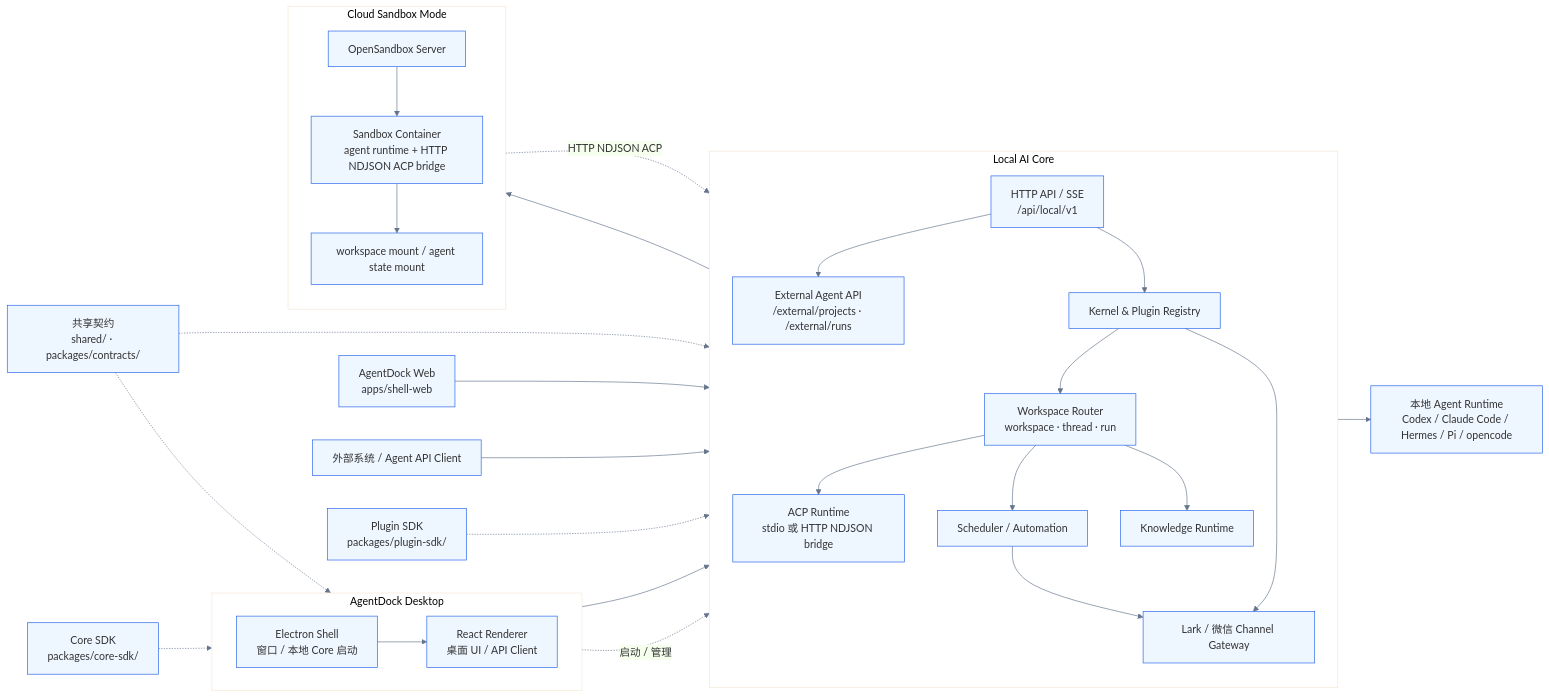
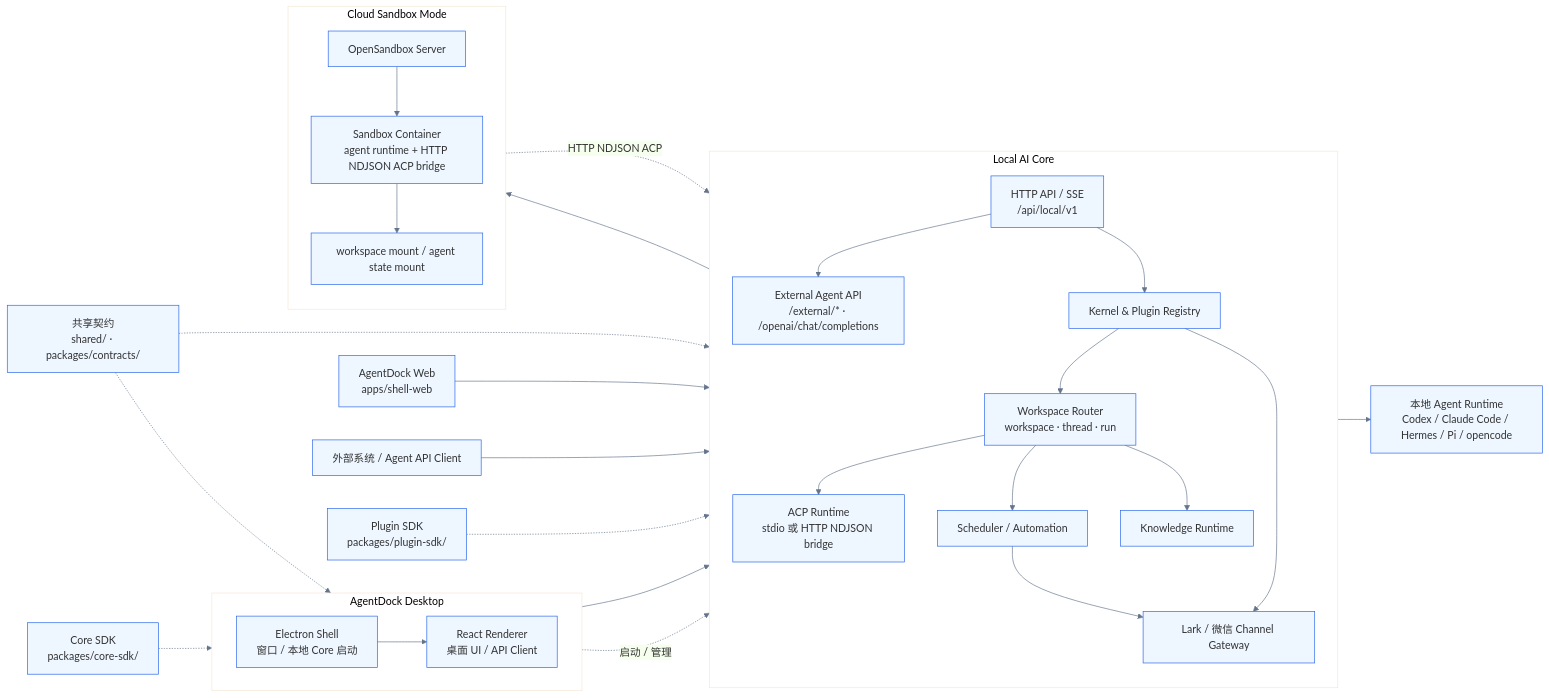
Before and after one commit to helloimcx/agentdock: the diagram in README.md, drawn with Mermaid. The commit also changed other lines of this file and 7 other files, not shown here.

````diff
--- a/README.md
+++ b/README.md
@@ -18,65 +18,65 @@
 ```mermaid
 ---
 config:
   theme: base
   themeVariables:
     primaryColor: "#eef6ff"
     primaryBorderColor: "#2563eb"
     lineColor: "#64748b"
     textColor: "#0f172a"
 ---
 flowchart LR
   Web["AgentDock Web<br/>apps/shell-web"]
   External["外部系统 / Agent API Client"]
 
   subgraph Desktop["AgentDock Desktop"]
     direction LR
     Electron["Electron Shell<br/>窗口 / 本地 Core 启动"]
     Renderer["React Renderer<br/>桌面 UI / API Client"]
   end
 
   subgraph Core["Local AI Core"]
     direction TB
     CoreApi["HTTP API / SSE<br/>/api/local/v1"]
-    ExternalApi["External Agent API<br/>/external/projects · /external/runs"]
+    ExternalApi["External Agent API<br/>/external/* · /openai/chat/completions"]
     Kernel["Kernel & Plugin Registry"]
     Router["Workspace Router<br/>workspace · thread · run"]
     Acp["ACP Runtime<br/>stdio 或 HTTP NDJSON bridge"]
     Scheduler["Scheduler / Automation"]
     Knowledge["Knowledge Runtime"]
     Channels["Lark / 微信 Channel Gateway"]
   end
 
   subgraph Sandbox["Cloud Sandbox Mode"]
     direction TB
     OpenSandbox["OpenSandbox Server"]
     Container["Sandbox Container<br/>agent runtime + HTTP NDJSON ACP bridge"]
     State["workspace mount / agent state mount"]
   end
 
   Agents["本地 Agent Runtime<br/>Codex / Claude Code / Hermes / Pi / opencode"]
   Contracts["共享契约<br/>shared/ · packages/contracts/"]
   CoreSdk["Core SDK<br/>packages/core-sdk/"]
   PluginSdk["Plugin SDK<br/>packages/plugin-sdk/"]
 
   Web --> CoreApi
   External --> ExternalApi
   Electron --> Renderer --> CoreApi
   Electron -.启动 / 管理.-> CoreApi
   CoreApi --> ExternalApi
   CoreApi --> Kernel --> Router
   Router --> Acp
   Router --> Scheduler
   Router --> Knowledge
   Kernel --> Channels
   Acp --> Agents
   Acp --> OpenSandbox --> Container
   Container --> State
   Container -.HTTP NDJSON ACP.-> Acp
   Scheduler --> Channels
 
   Contracts -.-> Renderer
   Contracts -.-> CoreApi
   CoreSdk -.-> Renderer
   PluginSdk -.-> Kernel
 ```
````
